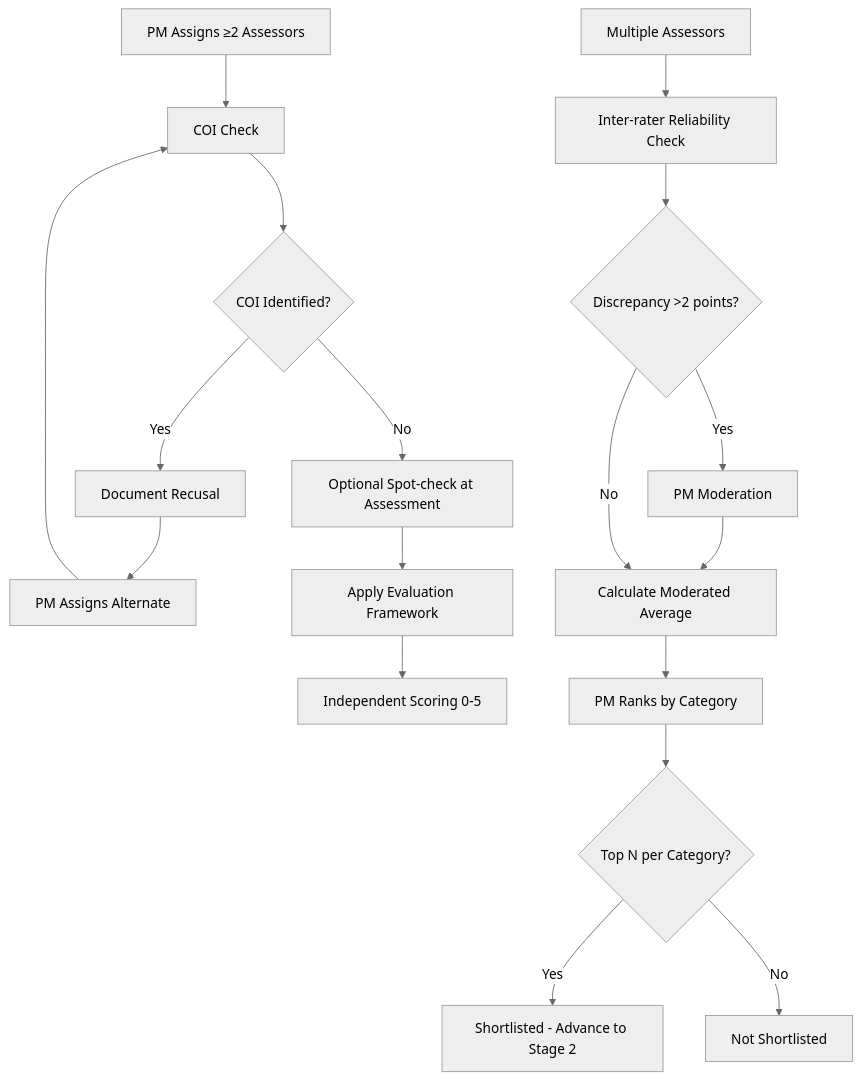
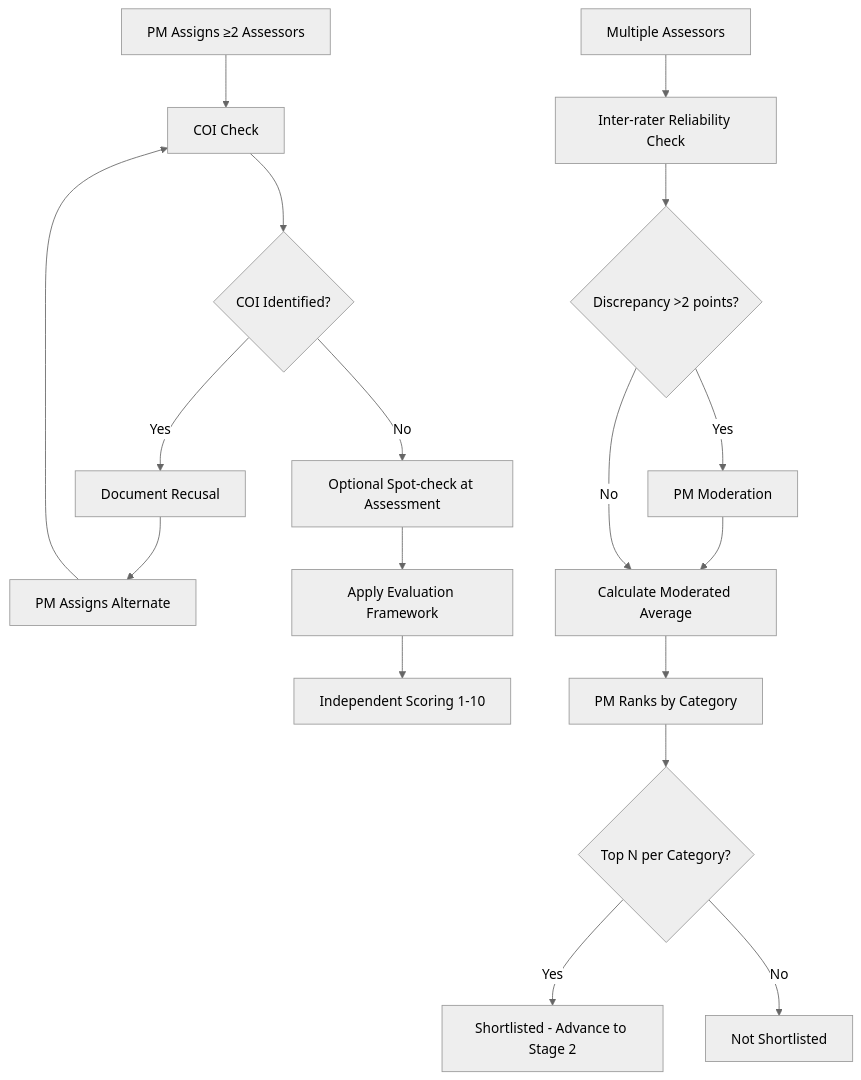
One commit to baloghp/PBF changed the first of 2 diagrams in Confluence/Project-Contractor-Of-The-Year-Award/129204226 - 2.0 Assessment.md. Above: the diagram before and after it, drawn with Mermaid (neutral theme). The commit also changed 31 other files, not shown here.

````diff
--- a/Confluence/Project-Contractor-Of-The-Year-Award/129204226 - 2.0 Assessment.md
+++ b/Confluence/Project-Contractor-Of-The-Year-Award/129204226 - 2.0 Assessment.md
@@ -27,20 +27,20 @@
 ```mermaid
 flowchart TD
     A[PM Assigns ≥2 Assessors] --> B[COI Check]
     B --> C{COI Identified?}
     C -->|Yes| D[Document Recusal]
     D --> E[PM Assigns Alternate]
     E --> B
     C -->|No| F[Optional Spot-check at Assessment]
     F --> G[Apply Evaluation Framework]
-    G --> H[Independent Scoring 0-5]
+    G --> H[Independent Scoring 1-10]
     I[Multiple Assessors] --> J[Inter-rater Reliability Check]
     J --> K{Discrepancy >2 points?}
     K -->|Yes| L[PM Moderation]
     L --> M[Calculate Moderated Average]
     K -->|No| M
     M --> N[PM Ranks by Category]
     N --> O{Top N per Category?}
     O -->|Yes| P[Shortlisted - Advance to Stage 2]
     O -->|No| Q[Not Shortlisted]
 ```
````
